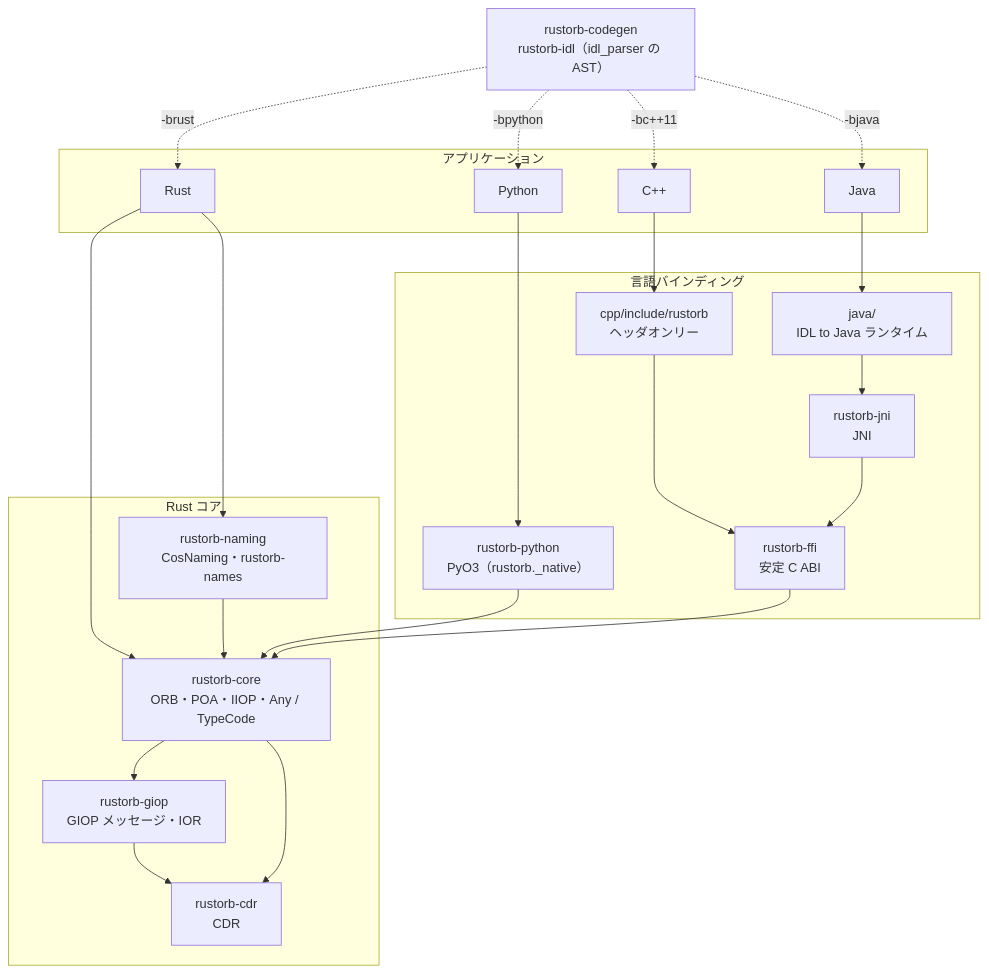
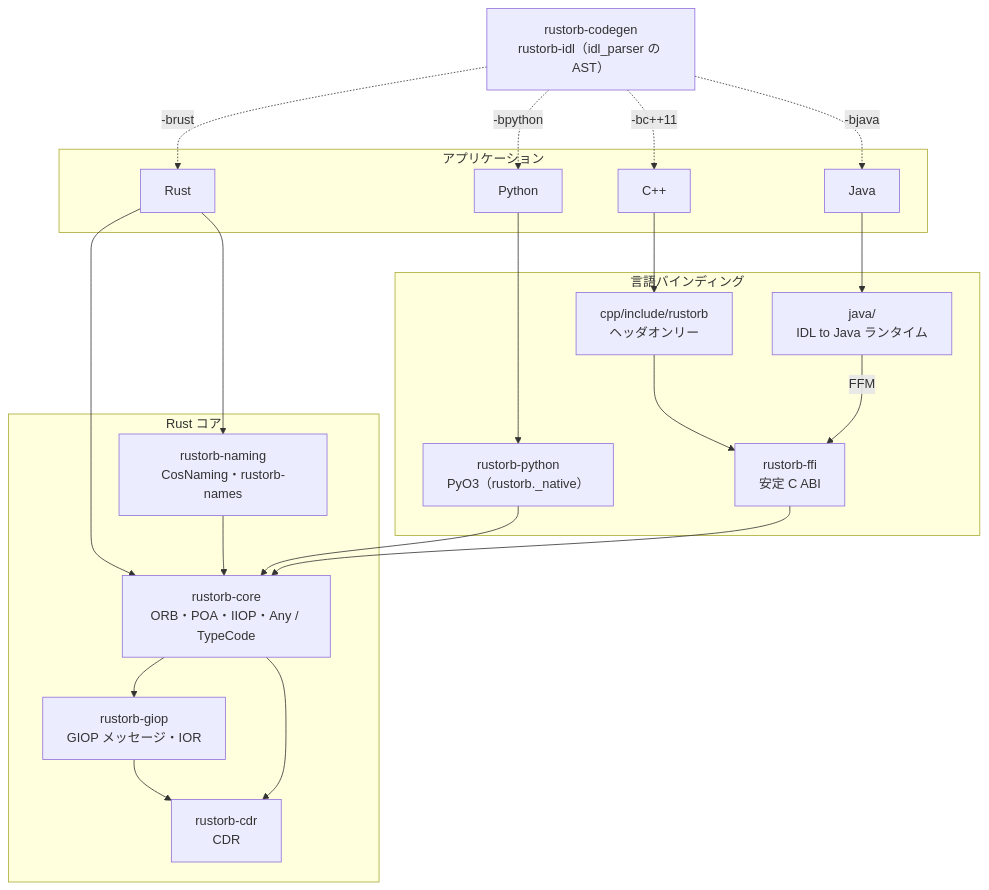
One commit to rustorb/rustorb changed the first of 2 diagrams in docs/development-plan.md. Above: the diagram before and after it, drawn with Mermaid. The commit also changed other lines of this file and 63 other files, not shown here.

First line of the commit message:
Move the Java binding from JNI to the FFM API (#81)

````diff
--- a/docs/development-plan.md
+++ b/docs/development-plan.md
@@ -48,36 +48,35 @@
 ```mermaid
 flowchart TB
   subgraph apps["アプリケーション"]
     rustapp["Rust"]
     pyapp["Python"]
     cppapp["C++"]
     javaapp["Java"]
   end
   subgraph core["Rust コア"]
     corec["rustorb-core<br/>ORB・POA・IIOP・Any / TypeCode"]
     giop["rustorb-giop<br/>GIOP メッセージ・IOR"]
     cdr["rustorb-cdr<br/>CDR"]
     naming["rustorb-naming<br/>CosNaming・rustorb-names"]
   end
   subgraph bind["言語バインディング"]
     python["rustorb-python<br/>PyO3（rustorb._native）"]
     ffi["rustorb-ffi<br/>安定 C ABI"]
     cpprt["cpp/include/rustorb<br/>ヘッダオンリー"]
-    jni["rustorb-jni<br/>JNI"]
     javart["java/<br/>IDL to Java ランタイム"]
   end
   gen["rustorb-codegen<br/>rustorb-idl（idl_parser の AST）"]
 
   rustapp --> corec
   rustapp --> naming
   pyapp --> python --> corec
   cppapp --> cpprt --> ffi --> corec
-  javaapp --> javart --> jni --> ffi
+  javaapp --> javart -- FFM --> ffi
   naming --> corec
   corec --> giop --> cdr
   corec --> cdr
   gen -.->|"-brust"| rustapp
   gen -.->|"-bpython"| pyapp
   gen -.->|"-bc++11"| cppapp
   gen -.->|"-bjava"| javaapp
 ```
````
